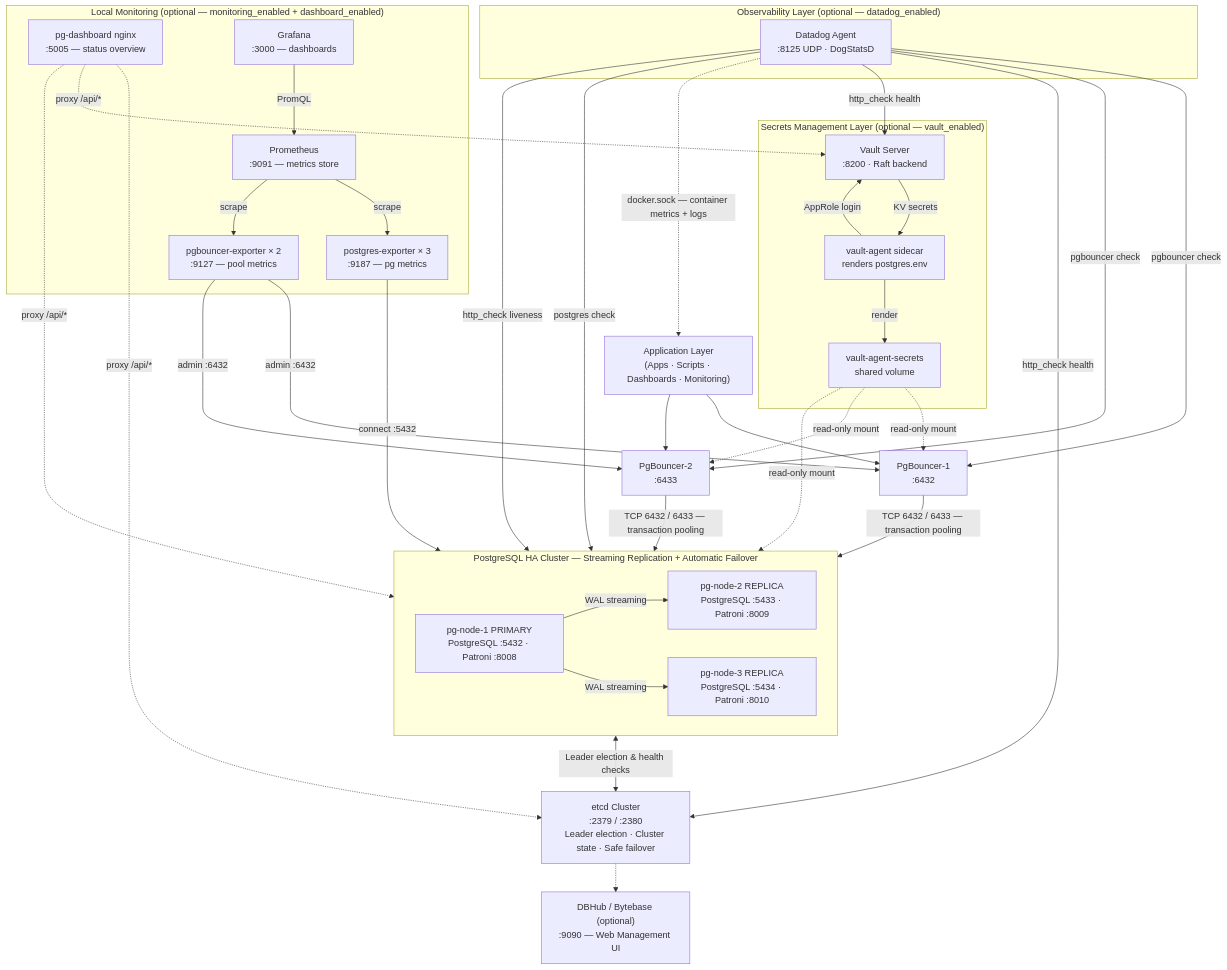
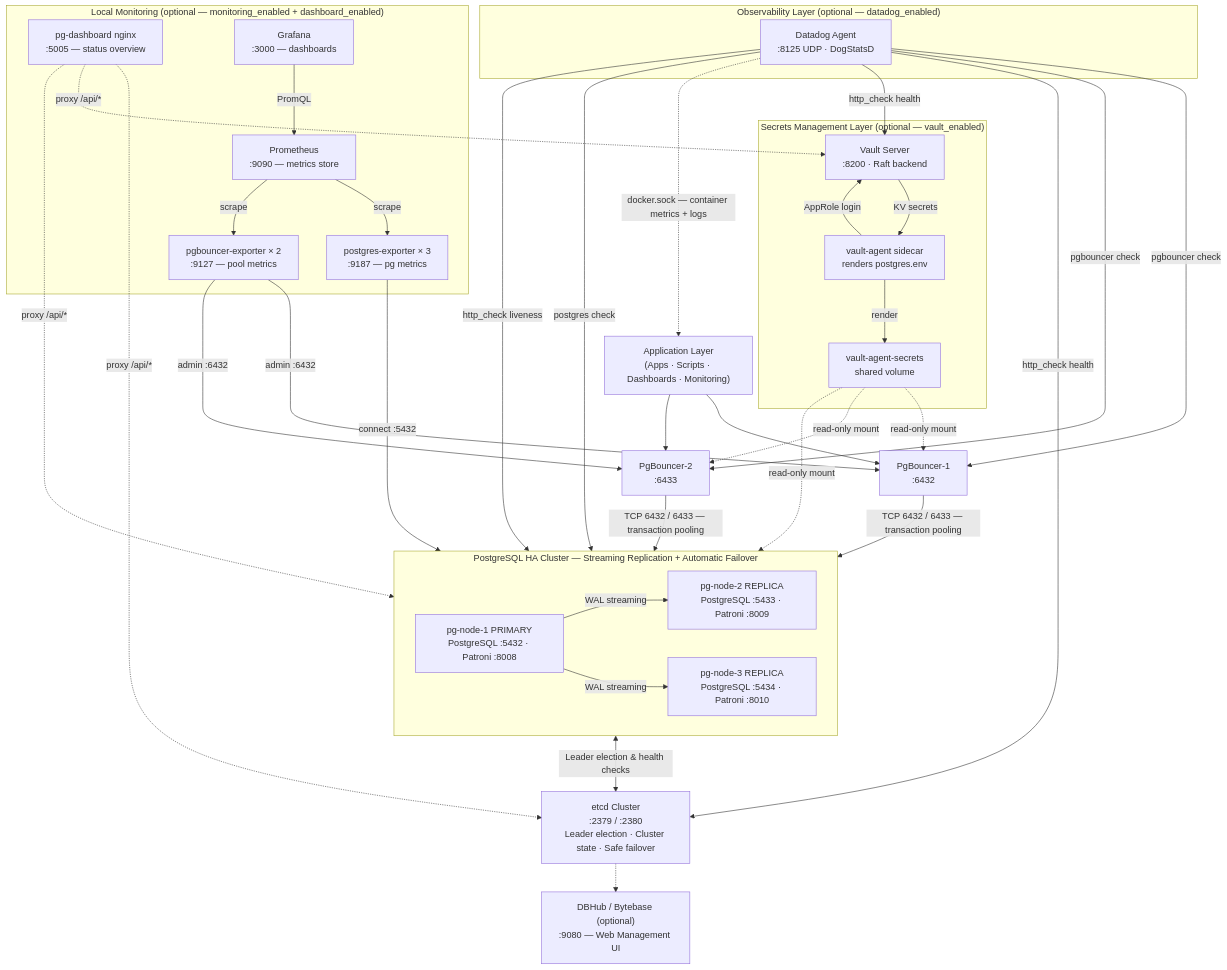
The first of 18 diagrams in docs/architecture/ARCHITECTURE.md (venkatajangala/terraform-docker-container-postgres), drawn with Mermaid before and after one commit. The commit also changed other lines of this file and 12 other files, not shown here.

First line of the commit message:
fix: resolve port collision between dbhub and Prometheus

````diff
--- a/docs/architecture/ARCHITECTURE.md
+++ b/docs/architecture/ARCHITECTURE.md
@@ -7,54 +7,54 @@
 ```mermaid
 graph TD
     APP["Application Layer<br/>(Apps · Scripts · Dashboards · Monitoring)"]
     PGB1["PgBouncer-1<br/>:6432"]
     PGB2["PgBouncer-2<br/>:6433"]
 
     subgraph PGHA["PostgreSQL HA Cluster — Streaming Replication + Automatic Failover"]
         PG1["pg-node-1 PRIMARY<br/>PostgreSQL :5432 · Patroni :8008"]
         PG2["pg-node-2 REPLICA<br/>PostgreSQL :5433 · Patroni :8009"]
         PG3["pg-node-3 REPLICA<br/>PostgreSQL :5434 · Patroni :8010"]
     end
 
     ETCD["etcd Cluster<br/>:2379 / :2380<br/>Leader election · Cluster state · Safe failover"]
-    DBHUB["DBHub / Bytebase (optional)<br/>:9090 — Web Management UI"]
+    DBHUB["DBHub / Bytebase (optional)<br/>:9080 — Web Management UI"]
 
     subgraph SECRETS["Secrets Management Layer (optional — vault_enabled)"]
         VAULT["Vault Server<br/>:8200 · Raft backend"]
         AGENT["vault-agent sidecar<br/>renders postgres.env"]
         SVOL["vault-agent-secrets<br/>shared volume"]
     end
 
     subgraph OBS["Observability Layer (optional — datadog_enabled)"]
         DD["Datadog Agent<br/>:8125 UDP · DogStatsD"]
     end
 
     subgraph MON["Local Monitoring (optional — monitoring_enabled + dashboard_enabled)"]
         DASH["pg-dashboard nginx<br/>:5005 — status overview"]
-        PROM["Prometheus<br/>:9091 — metrics store"]
+        PROM["Prometheus<br/>:9090 — metrics store"]
         GRAF["Grafana<br/>:3000 — dashboards"]
         PGE["postgres-exporter × 3<br/>:9187 — pg metrics"]
         PGBE["pgbouncer-exporter × 2<br/>:9127 — pool metrics"]
     end
 
     APP --> PGB1 & PGB2
     PGB1 & PGB2 -->|"TCP 6432 / 6433 — transaction pooling"| PGHA
     PG1 -->|"WAL streaming"| PG2 & PG3
     PGHA <-->|"Leader election & health checks"| ETCD
     ETCD -.-> DBHUB
     AGENT -->|"AppRole login"| VAULT
     VAULT -->|"KV secrets"| AGENT
     AGENT -->|"render"| SVOL
     SVOL -. "read-only mount" .-> PGHA
     SVOL -. "read-only mount" .-> PGB1 & PGB2
     DD -->|"postgres check"| PGHA
     DD -->|"pgbouncer check"| PGB1 & PGB2
     DD -->|"http_check liveness"| PGHA
     DD -->|"http_check health"| ETCD & VAULT
     DD -. "docker.sock — container metrics + logs" .-> APP
     PGE -->|"connect :5432"| PGHA
     PGBE -->|"admin :6432"| PGB1 & PGB2
     PROM -->|"scrape"| PGE & PGBE
     GRAF -->|"PromQL"| PROM
     DASH -. "proxy /api/*" .-> PGHA & ETCD & VAULT
 ```
````
